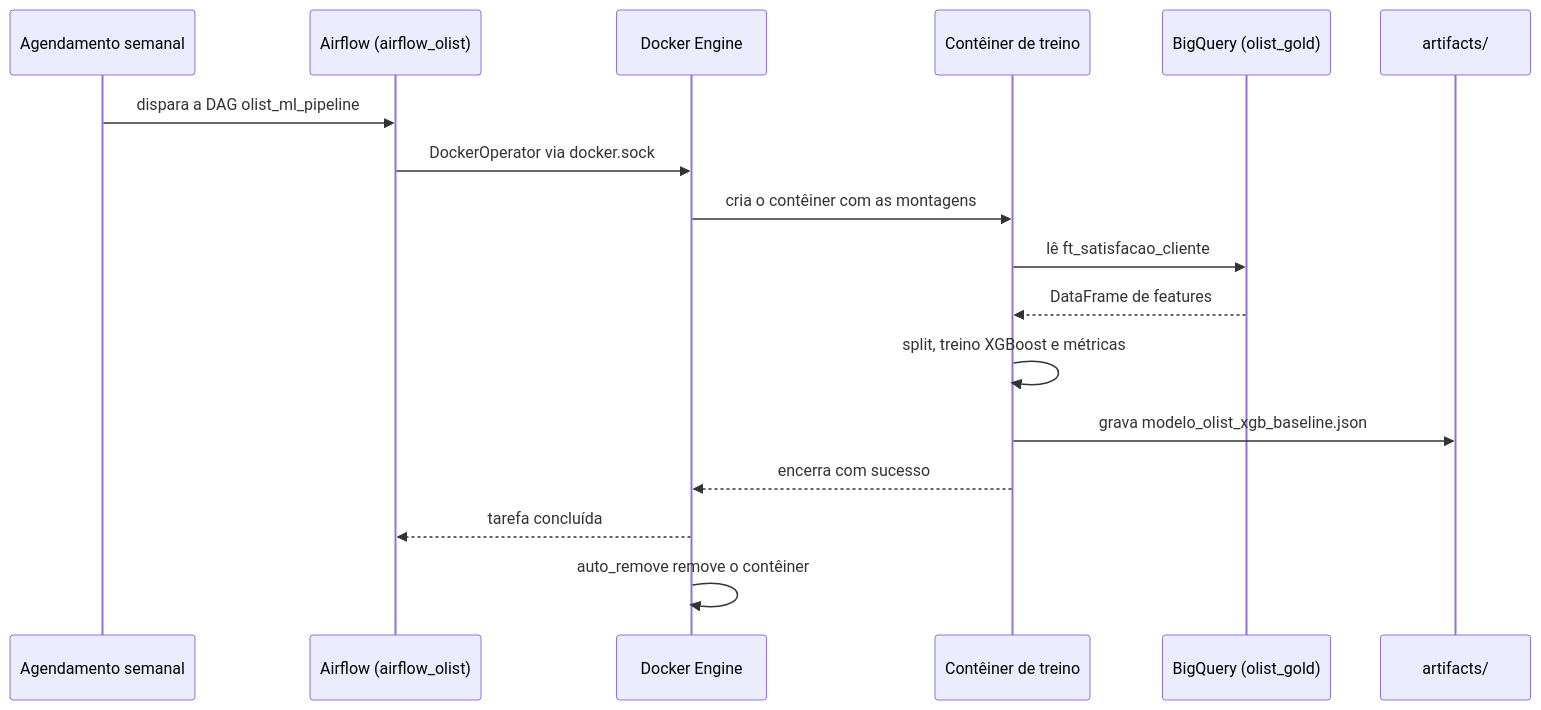
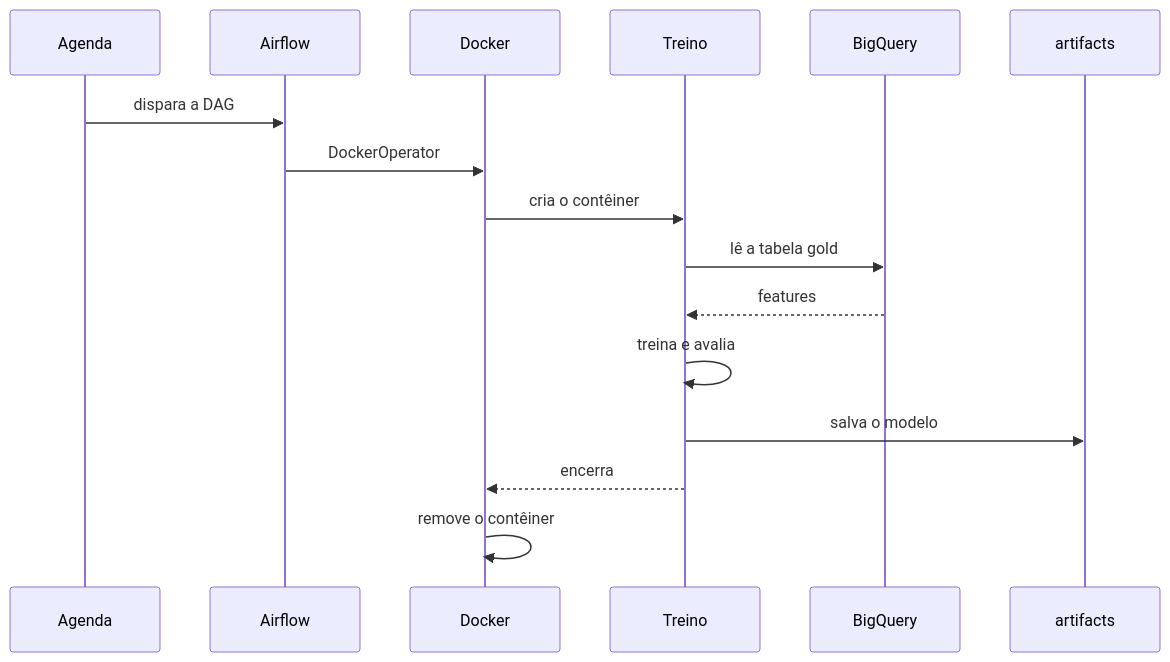
One commit to zVilanova/Olist-Satisfaction-Classifier changed the fourth of 4 diagrams in README.md. Above: the diagram before and after it, drawn with Mermaid. The commit also changed other lines of this file, not shown here.

````diff
--- a/README.md
+++ b/README.md
@@ -331,20 +329,19 @@
 ```mermaid
 sequenceDiagram
-    participant S as Agendamento semanal
-    participant A as Airflow (airflow_olist)
-    participant D as Docker Engine
-    participant C as Contêiner de treino
-    participant B as BigQuery (olist_gold)
-    participant F as artifacts/
+    participant S as Agenda
+    participant A as Airflow
+    participant D as Docker
+    participant C as Treino
+    participant B as BigQuery
+    participant F as artifacts
 
-    S->>A: dispara a DAG olist_ml_pipeline
-    A->>D: DockerOperator via docker.sock
-    D->>C: cria o contêiner com as montagens
-    C->>B: lê ft_satisfacao_cliente
-    B-->>C: DataFrame de features
-    C->>C: split, treino XGBoost e métricas
-    C->>F: grava modelo_olist_xgb_baseline.json
-    C-->>D: encerra com sucesso
-    D-->>A: tarefa concluída
-    D->>D: auto_remove remove o contêiner
+    S->>A: dispara a DAG
+    A->>D: DockerOperator
+    D->>C: cria o contêiner
+    C->>B: lê a tabela gold
+    B-->>C: features
+    C->>C: treina e avalia
+    C->>F: salva o modelo
+    C-->>D: encerra
+    D->>D: remove o contêiner
 ```
````
